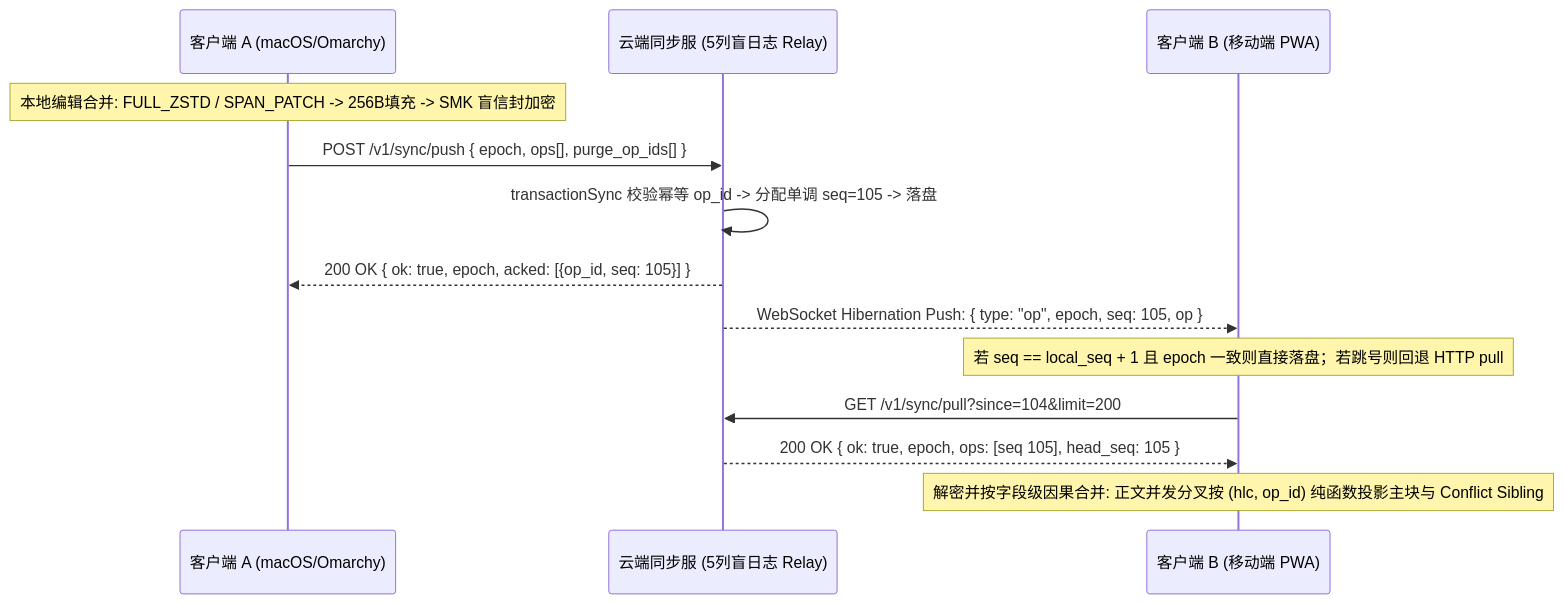
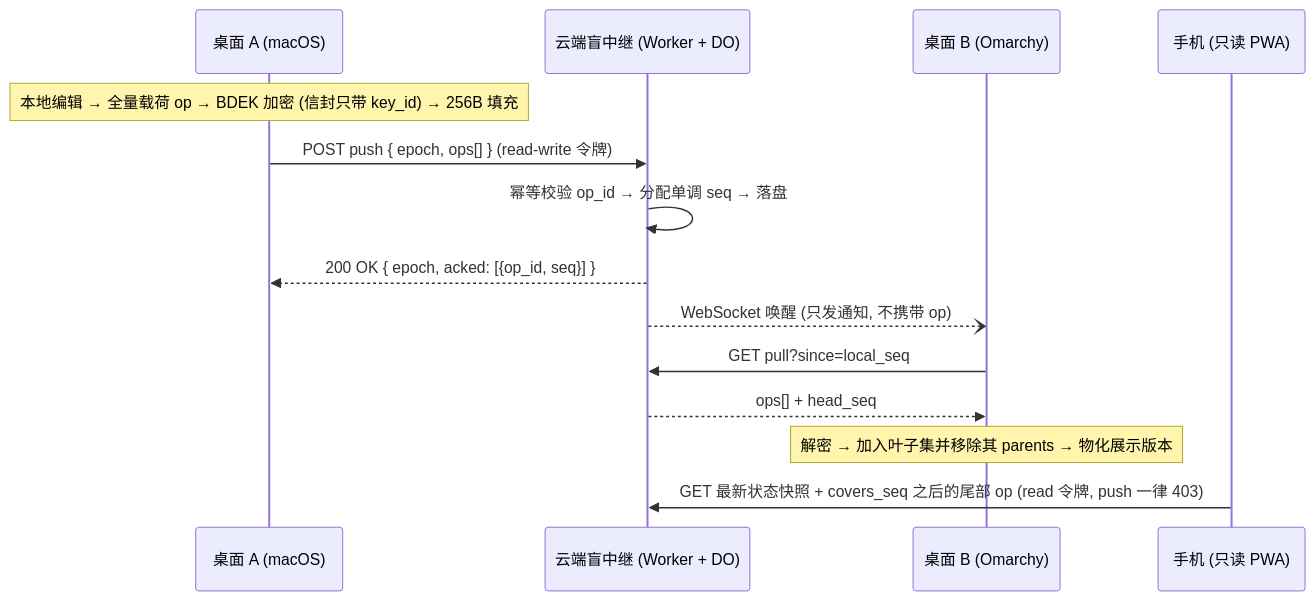
Before and after one commit to gray0128/my-note: the third of 7 diagrams in docs/architecture-proposal.md, drawn with Mermaid. The commit also changed other lines of this file and 16 other files, not shown here.

````diff
--- a/docs/architecture-proposal.md
+++ b/docs/architecture-proposal.md
@@ -366,16 +414,17 @@
 ```mermaid
 sequenceDiagram
-    participant C1 as 客户端 A (macOS/Omarchy)
-    participant S as 云端同步服 (5列盲日志 Relay)
-    participant C2 as 客户端 B (移动端 PWA)
+    participant C1 as 桌面 A (macOS)
+    participant S as 云端盲中继 (Worker + DO)
+    participant C2 as 桌面 B (Omarchy)
+    participant P as 手机 (只读 PWA)
 
-    Note over C1: 本地编辑合并: FULL_ZSTD / SPAN_PATCH -> 256B填充 -> SMK 盲信封加密
-    C1->>S: POST /v1/sync/push { epoch, ops[], purge_op_ids[] }
-    S->>S: transactionSync 校验幂等 op_id -> 分配单调 seq=105 -> 落盘
-    S-->>C1: 200 OK { ok: true, epoch, acked: [{op_id, seq: 105}] }
-    S-->>C2: WebSocket Hibernation Push: { type: "op", epoch, seq: 105, op }
-    Note over C2: 若 seq == local_seq + 1 且 epoch 一致则直接落盘；若跳号则回退 HTTP pull
-    C2->>S: GET /v1/sync/pull?since=104&limit=200
-    S-->>C2: 200 OK { ok: true, epoch, ops: [seq 105], head_seq: 105 }
-    Note over C2: 解密并按字段级因果合并: 正文并发分叉按 (hlc, op_id) 纯函数投影主块与 Conflict Sibling
+    Note over C1: 本地编辑 → 全量载荷 op → BDEK 加密 (信封只带 key_id) → 256B 填充
+    C1->>S: POST push { epoch, ops[] }  (read-write 令牌)
+    S->>S: 幂等校验 op_id → 分配单调 seq → 落盘
+    S-->>C1: 200 OK { epoch, acked: [{op_id, seq}] }
+    S--)C2: WebSocket 唤醒 (只发通知, 不携带 op)
+    C2->>S: GET pull?since=local_seq
+    S-->>C2: ops[] + head_seq
+    Note over C2: 解密 → 加入叶子集并移除其 parents → 物化展示版本
+    P->>S: GET 最新状态快照 + covers_seq 之后的尾部 op (read 令牌, push 一律 403)
 ```
````
